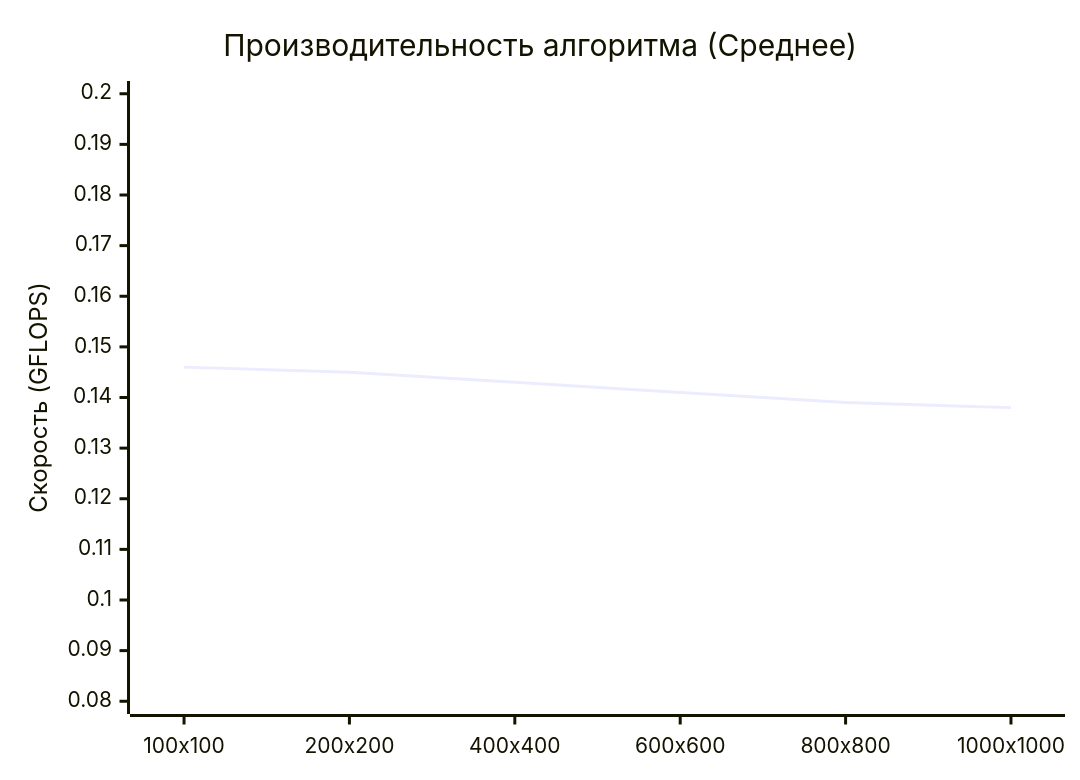
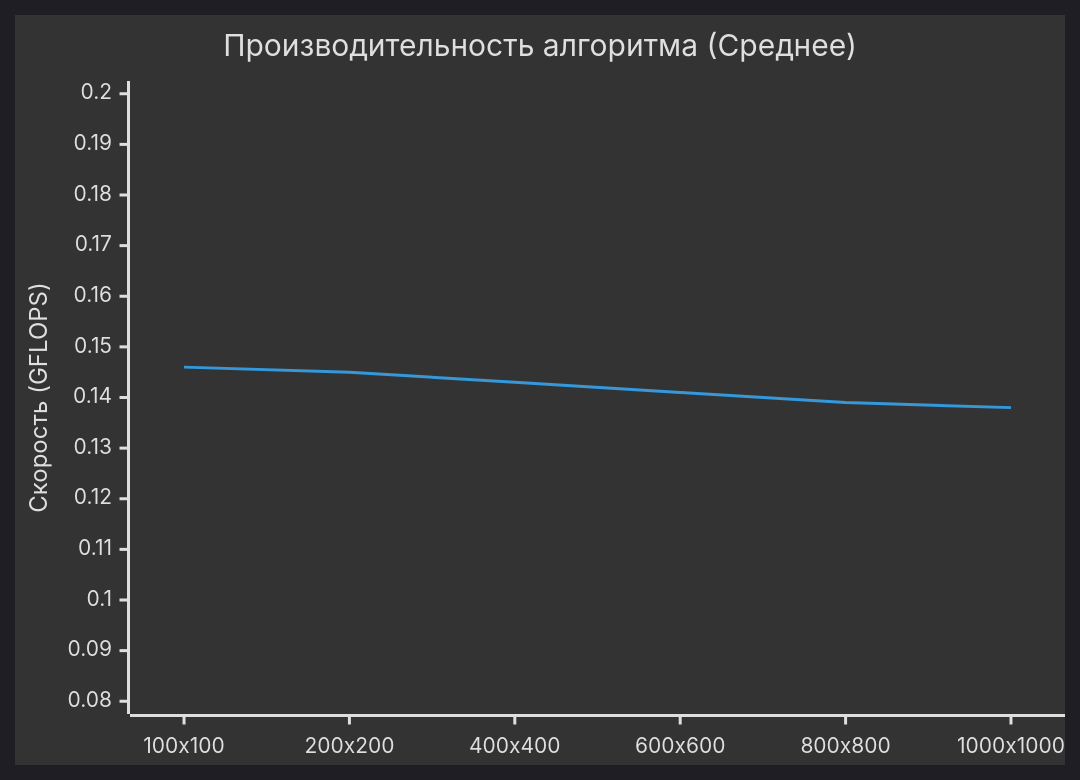
Before and after one commit to Mihailov-Sergey/-parallel-programming-2026: the second of 2 diagrams in lab_1/README.md, drawn with Mermaid. The commit also changed other lines of this file, not shown here.

````diff
--- a/lab_1/README.md
+++ b/lab_1/README.md
@@ -76,7 +77,8 @@
 ```mermaid
+%%{init: {'theme': 'dark'}}%%
 xychart-beta
     title "Производительность алгоритма (Среднее)"
     x-axis [100x100, 200x200, 400x400, 600x600, 800x800, 1000x1000]
     y-axis "Скорость (GFLOPS)" 0.08 --> 0.20
     line [0.146, 0.145, 0.143, 0.141, 0.139, 0.138]
 ```
````
